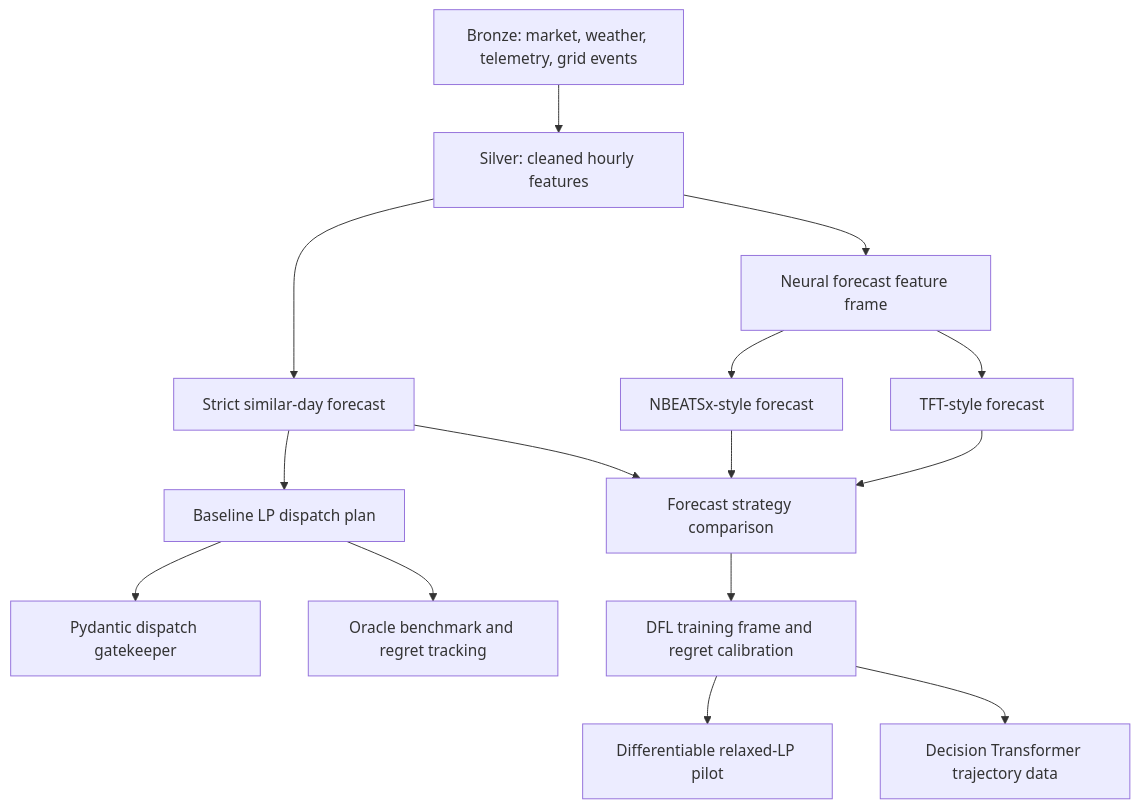
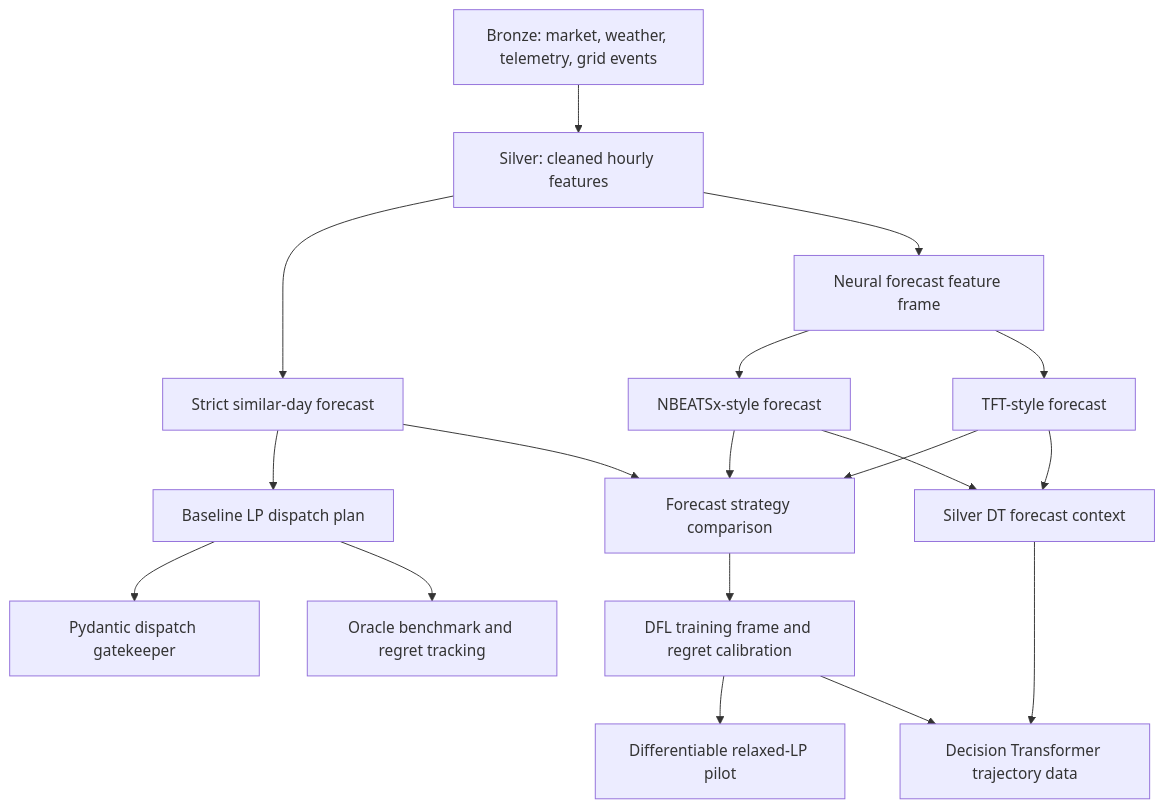
One commit to ilyafefelov/Diploma changed the diagram in docs/technical/BASELINE_LP_AND_DATA_PIPELINE.md. Above: the diagram before and after it, drawn with Mermaid. The commit also changed other lines of this file and 3 other files, not shown here.

Commit message:
Document DT forecast-context lineage

````diff
--- a/docs/technical/BASELINE_LP_AND_DATA_PIPELINE.md
+++ b/docs/technical/BASELINE_LP_AND_DATA_PIPELINE.md
@@ -12,19 +12,22 @@
 ```mermaid
 flowchart TD
   A["Bronze: market, weather, telemetry, grid events"] --> B["Silver: cleaned hourly features"]
   B --> C["Strict similar-day forecast"]
   B --> D["Neural forecast feature frame"]
   D --> E["NBEATSx-style forecast"]
   D --> F["TFT-style forecast"]
 
   C --> G["Baseline LP dispatch plan"]
   E --> H["Forecast strategy comparison"]
   F --> H
   C --> H
 
   G --> I["Pydantic dispatch gatekeeper"]
   G --> J["Oracle benchmark and regret tracking"]
   H --> K["DFL training frame and regret calibration"]
   K --> L["Differentiable relaxed-LP pilot"]
-  K --> M["Decision Transformer trajectory data"]
+  E --> M["Silver DT forecast context"]
+  F --> M
+  M --> N["Decision Transformer trajectory data"]
+  K --> N
 ```
````
